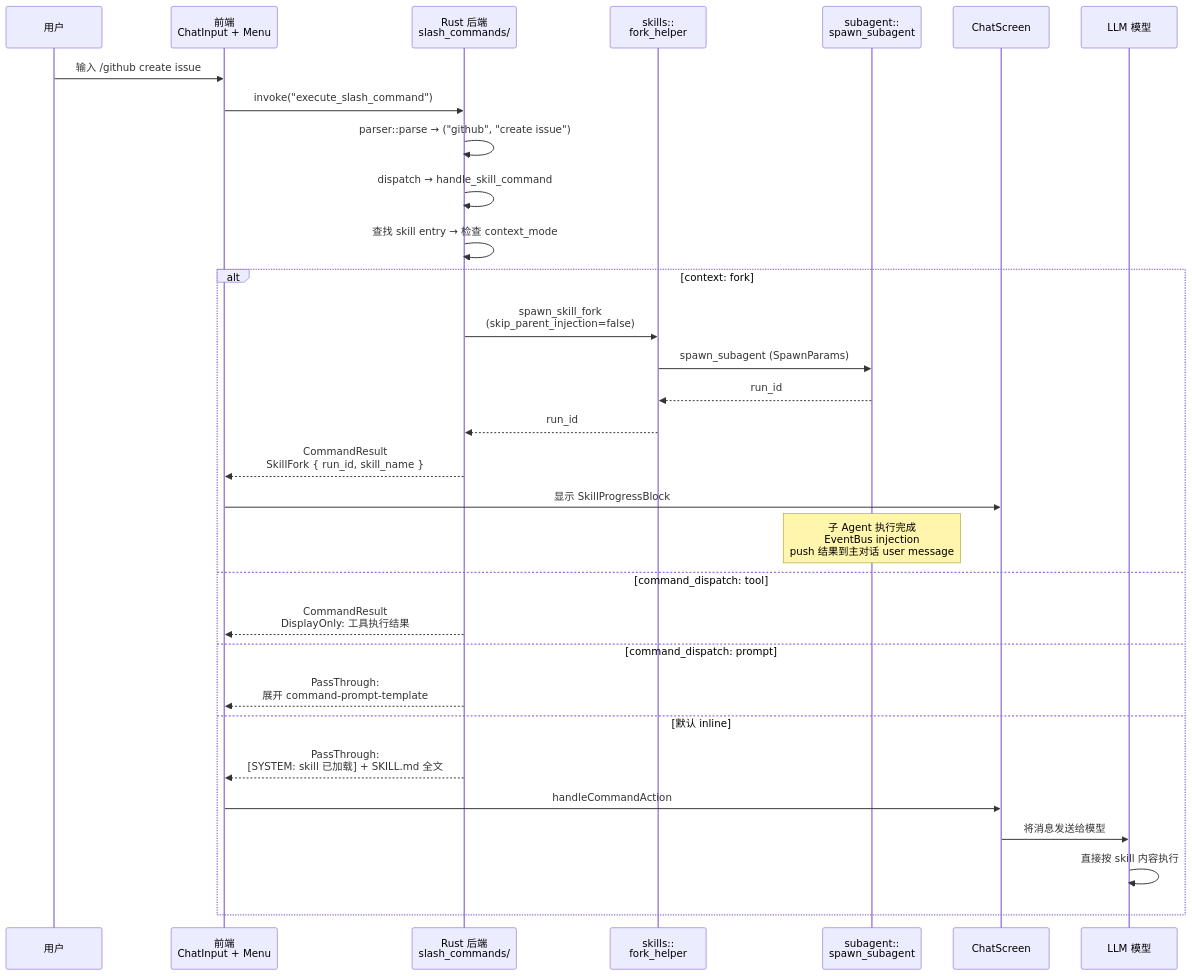
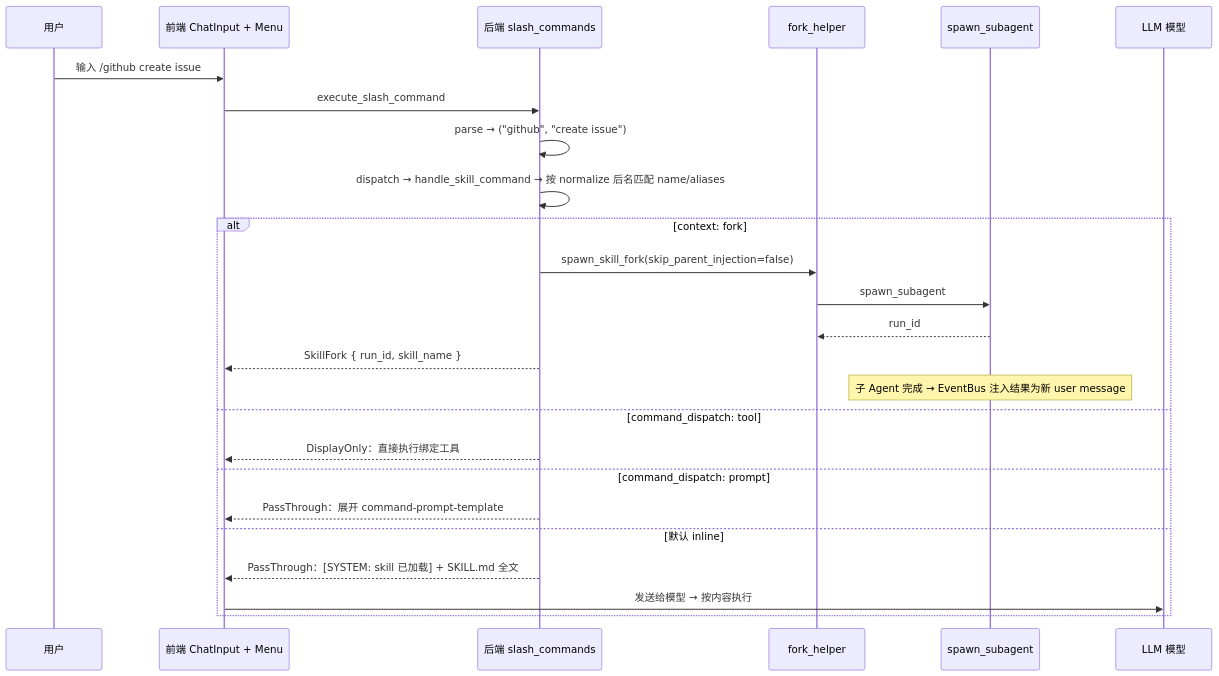
Before and after one commit to shiwenwen/hope-agent: diagram 19 of 19 in docs/architecture/skill-system.md, drawn with Mermaid. The commit also changed other lines of this file, not shown here.

First line of the commit message:
🦭docs: 巨无霸 skill-system（2123 行）按新标准重做

````diff
--- a/docs/architecture/skill-system.md
+++ b/docs/architecture/skill-system.md
@@ -1646,35 +1296,28 @@
 ```mermaid
 sequenceDiagram
     participant U as 用户
-    participant FE as 前端<br/>ChatInput + Menu
-    participant BE as Rust 后端<br/>slash_commands/
-    participant FORK as skills::<br/>fork_helper
-    participant SUB as subagent::<br/>spawn_subagent
-    participant CS as ChatScreen
+    participant FE as 前端 ChatInput + Menu
+    participant BE as 后端 slash_commands
+    participant FORK as fork_helper
+    participant SUB as spawn_subagent
     participant LLM as LLM 模型
 
     U->>FE: 输入 /github create issue
-    FE->>BE: invoke("execute_slash_command")
-    BE->>BE: parser::parse → ("github", "create issue")
-    BE->>BE: dispatch → handle_skill_command
-    BE->>BE: 查找 skill entry → 检查 context_mode
-
+    FE->>BE: execute_slash_command
+    BE->>BE: parse → ("github", "create issue")
+    BE->>BE: dispatch → handle_skill_command → 按 normalize 后名匹配 name/aliases
     alt context: fork
-        BE->>FORK: spawn_skill_fork<br/>(skip_parent_injection=false)
-        FORK->>SUB: spawn_subagent (SpawnParams)
+        BE->>FORK: spawn_skill_fork(skip_parent_injection=false)
+        FORK->>SUB: spawn_subagent
         SUB-->>FORK: run_id
-        FORK-->>BE: run_id
-        BE-->>FE: CommandResult<br/>SkillFork { run_id, skill_name }
-        FE->>CS: 显示 SkillProgressBlock
-        Note over SUB: 子 Agent 执行完成<br/>EventBus injection<br/>push 结果到主对话 user message
+        BE-->>FE: SkillFork { run_id, skill_name }
+        Note over SUB: 子 Agent 完成 → EventBus 注入结果为新 user message
     else command_dispatch: tool
-        BE-->>FE: CommandResult<br/>DisplayOnly: 工具执行结果
+        BE-->>FE: DisplayOnly：直接执行绑定工具
     else command_dispatch: prompt
-        BE-->>FE: PassThrough:<br/>展开 command-prompt-template
+        BE-->>FE: PassThrough：展开 command-prompt-template
     else 默认 inline
-        BE-->>FE: PassThrough:<br/>[SYSTEM: skill 已加载] + SKILL.md 全文
-        FE->>CS: handleCommandAction
-        CS->>LLM: 将消息发送给模型
-        LLM->>LLM: 直接按 skill 内容执行
+        BE-->>FE: PassThrough：[SYSTEM: skill 已加载] + SKILL.md 全文
+        FE->>LLM: 发送给模型 → 按内容执行
     end
 ```
````
